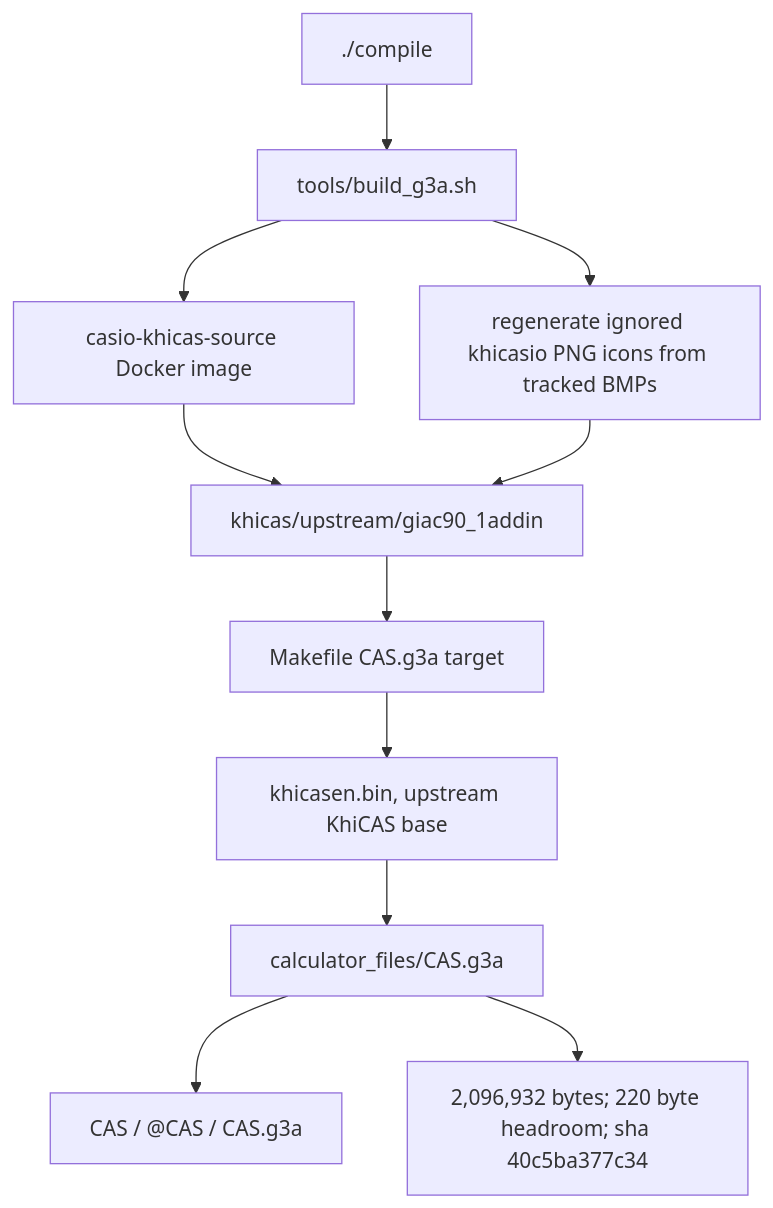
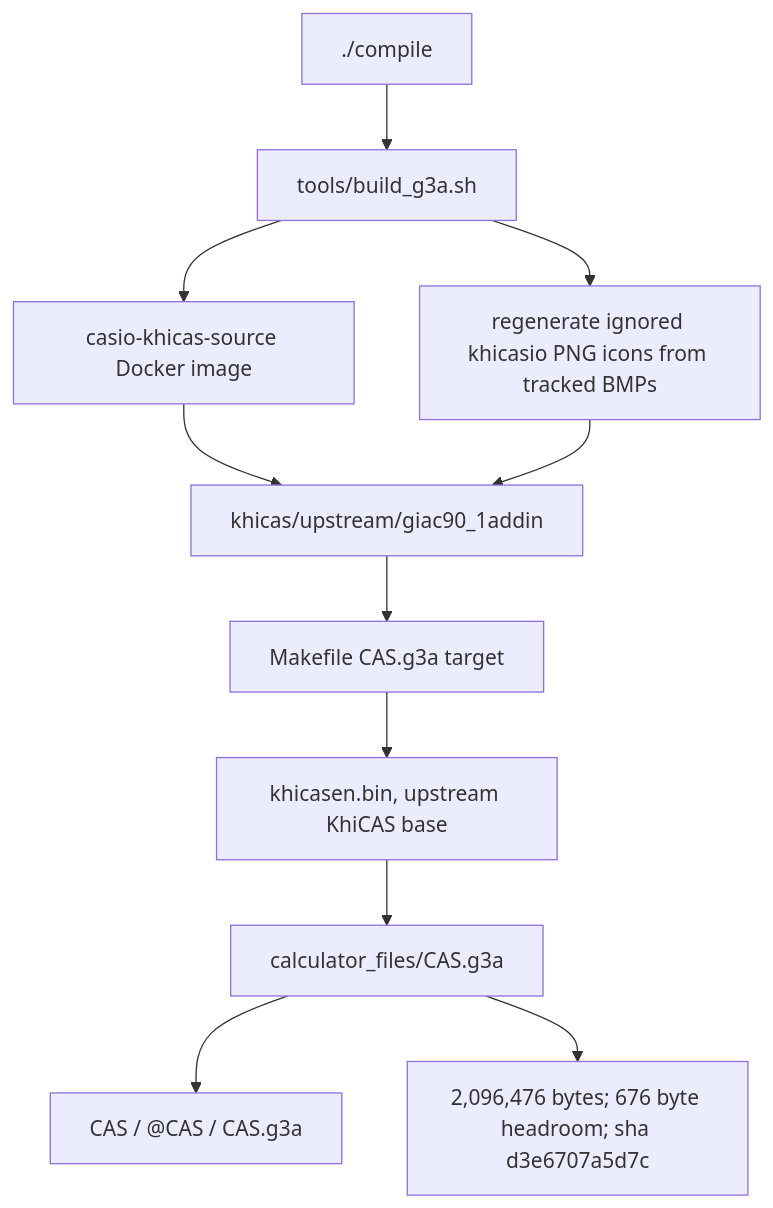
The first of 6 diagrams in docs/GRAPH.md (james8464/notes-addin-casio-fx-cg50), drawn with Mermaid before and after one commit. The commit also changed other lines of this file and 10 other files, not shown here.

````diff
--- a/docs/GRAPH.md
+++ b/docs/GRAPH.md
@@ -7,13 +7,13 @@
 ```mermaid
 graph TD
   Compile["./compile"] --> Build["tools/build_g3a.sh"]
   Build --> Docker["casio-khicas-source Docker image"]
   Docker --> Src["khicas/upstream/giac90_1addin"]
   Build --> Icons["regenerate ignored khicasio PNG icons from tracked BMPs"]
   Icons --> Src
   Src --> Make["Makefile CAS.g3a target"]
   Make --> Bin["khicasen.bin, upstream KhiCAS base"]
   Bin --> G3A["calculator_files/CAS.g3a"]
   G3A --> Meta["CAS / @CAS / CAS.g3a"]
-  G3A --> Size["2,096,932 bytes; 220 byte headroom; sha 40c5ba377c34"]
+  G3A --> Size["2,096,476 bytes; 676 byte headroom; sha d3e6707a5d7c"]
 ```
````
